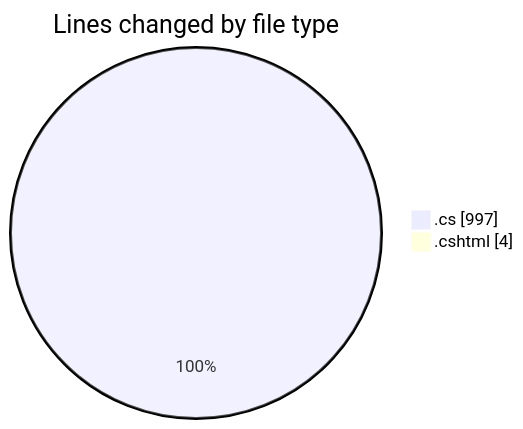
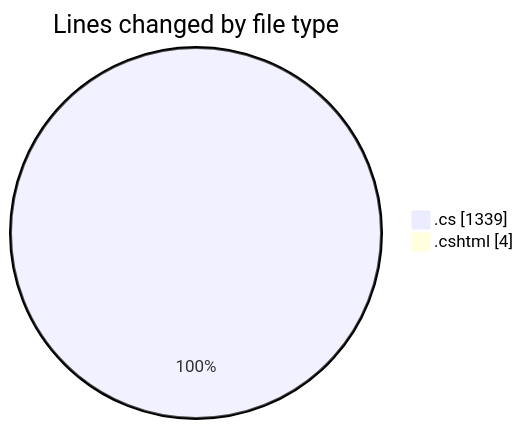
One commit to lephambinh05/code-tracking changed the first of 2 diagrams in 2025-07-15/nhahang/README.md. Above: the diagram before and after it, drawn with Mermaid. The commit also changed other lines of this file and 1 other file, not shown here.

````diff
--- a/2025-07-15/nhahang/README.md
+++ b/2025-07-15/nhahang/README.md
@@ -51,6 +61,6 @@
 ```mermaid
 pie showData
 title Lines changed by file type
-".cs" : 997
+".cs" : 1339
 ".cshtml" : 4
 ```
````
